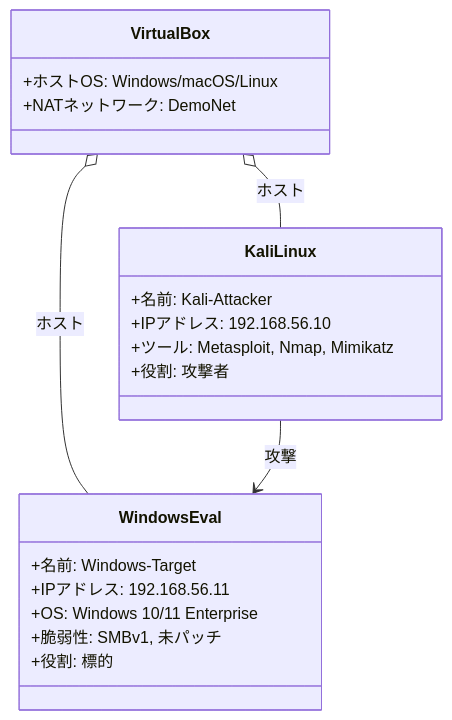
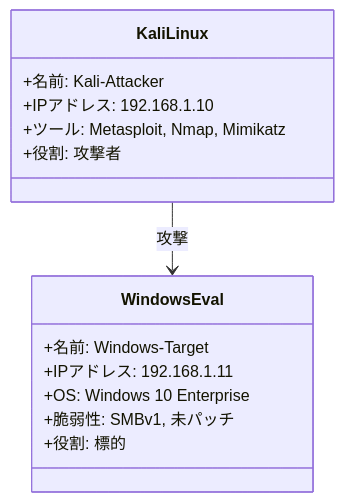
One commit to JT-External/apt-demo-explanation changed the first of 2 diagrams in README.md. Above: the diagram before and after it, drawn with Mermaid. The commit also changed other lines of this file, not shown here.

````diff
--- a/README.md
+++ b/README.md
@@ -3,24 +3,18 @@
 ```mermaid
 classDiagram
-    class VirtualBox {
-        +ホストOS: Windows/macOS/Linux
-        +NATネットワーク: DemoNet
-    }
     class KaliLinux {
         +名前: Kali-Attacker
-        +IPアドレス: 192.168.56.10
+        +IPアドレス: 192.168.1.10
         +ツール: Metasploit, Nmap, Mimikatz
         +役割: 攻撃者
     }
     class WindowsEval {
         +名前: Windows-Target
-        +IPアドレス: 192.168.56.11
-        +OS: Windows 10/11 Enterprise
+        +IPアドレス: 192.168.1.11
+        +OS: Windows 10 Enterprise
         +脆弱性: SMBv1, 未パッチ
         +役割: 標的
     }
 
-    VirtualBox o-- KaliLinux : ホスト
-    VirtualBox o-- WindowsEval : ホスト
     KaliLinux --> WindowsEval : 攻撃
 ```
````
